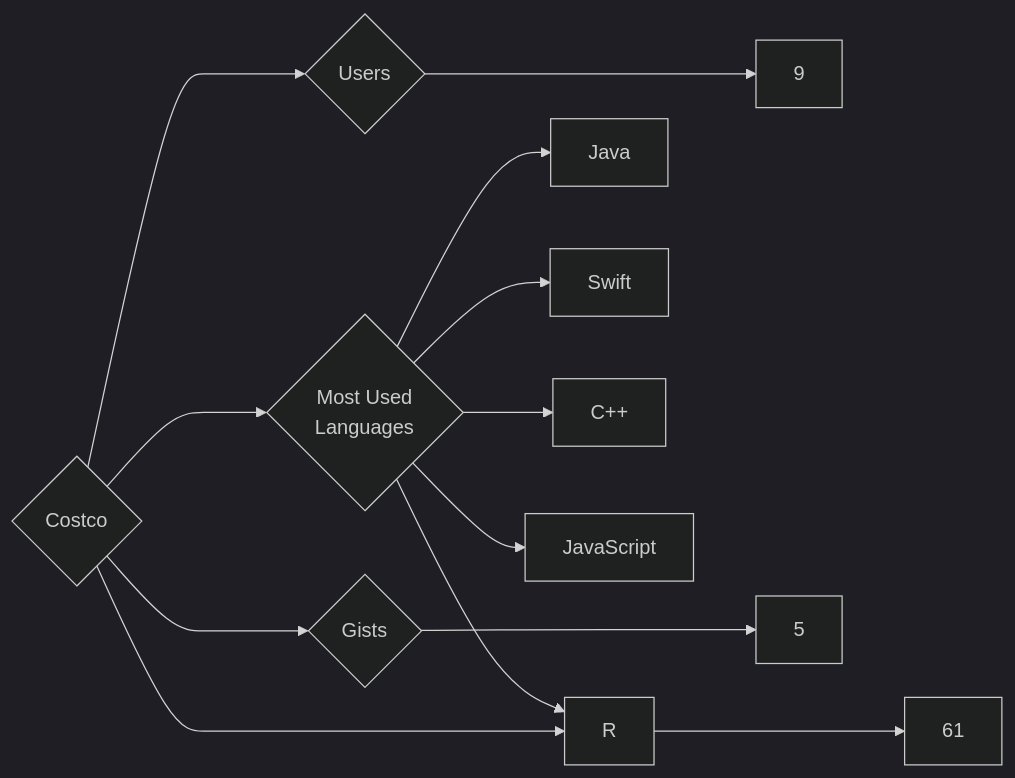
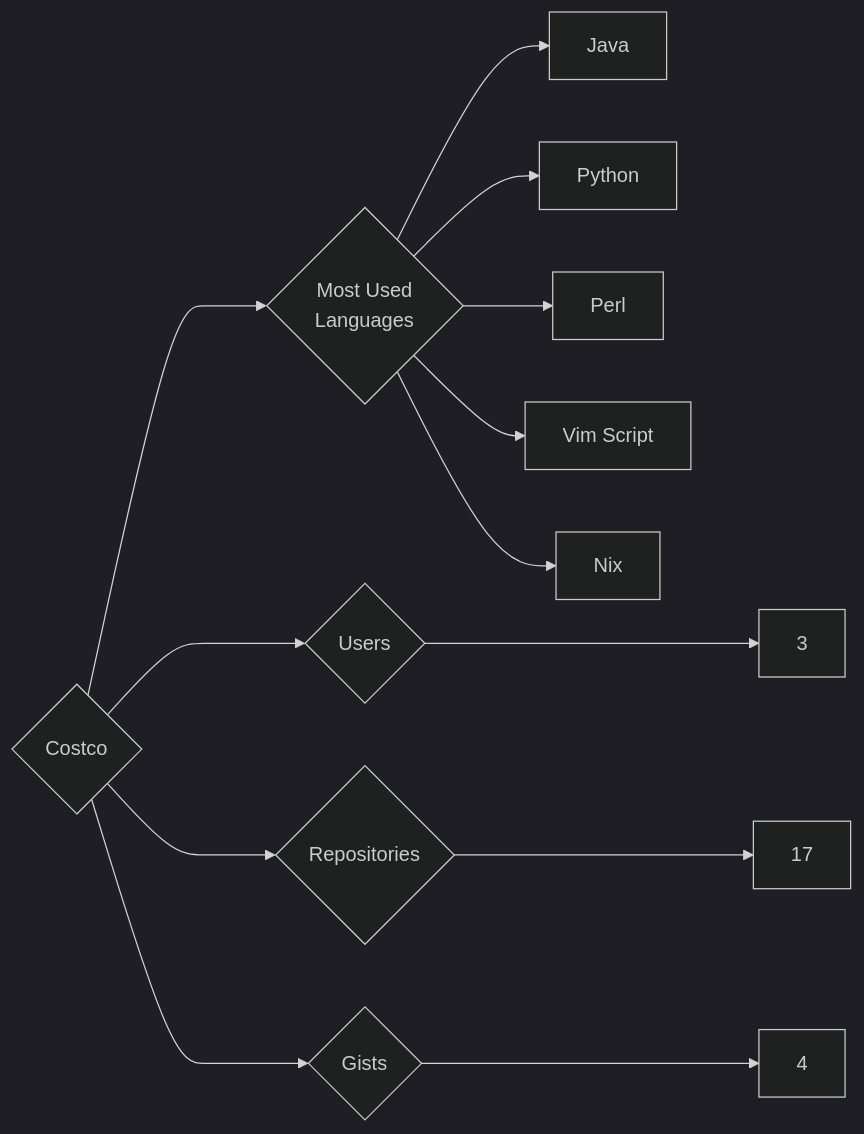
One commit to trickest/insiders changed the diagram in targets/Costco/README.md. Above: the diagram before and after it, drawn with Mermaid (dark theme). The commit also changed 1078 other files, not shown here.

````diff
--- a/targets/Costco/README.md
+++ b/targets/Costco/README.md
@@ -3,13 +3,13 @@
 ```mermaid
 graph LR
 COMPANY_NAME{Costco}
-COMPANY_NAME ---> U{Users} ---> UN[9]
-COMPANY_NAME ---> R{Repositories} ---> RN[61]
-COMPANY_NAME ---> G{Gists} ---> GN[5]
+COMPANY_NAME ---> U{Users} ---> UN[3]
+COMPANY_NAME ---> R{Repositories} ---> RN[17]
+COMPANY_NAME ---> G{Gists} ---> GN[4]
 COMPANY_NAME ---> ML{Most Used<br>Languages}
 ML --> Java[Java]
-ML --> Swift[Swift]
-ML --> R[R]
-ML --> C++[C++]
-ML --> JavaScript[JavaScript]
+ML --> Python[Python]
+ML --> Perl[Perl]
+ML --> Vim_Script[Vim Script]
+ML --> Nix[Nix]
 ```
````
